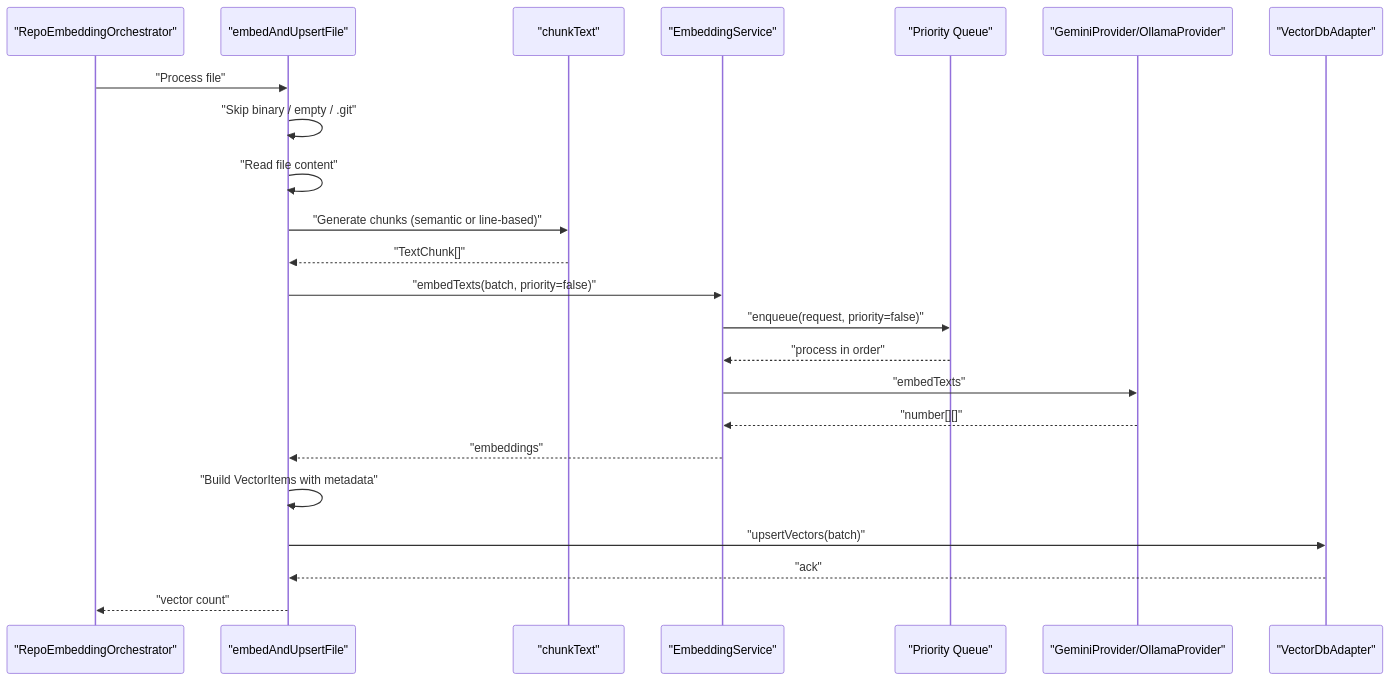
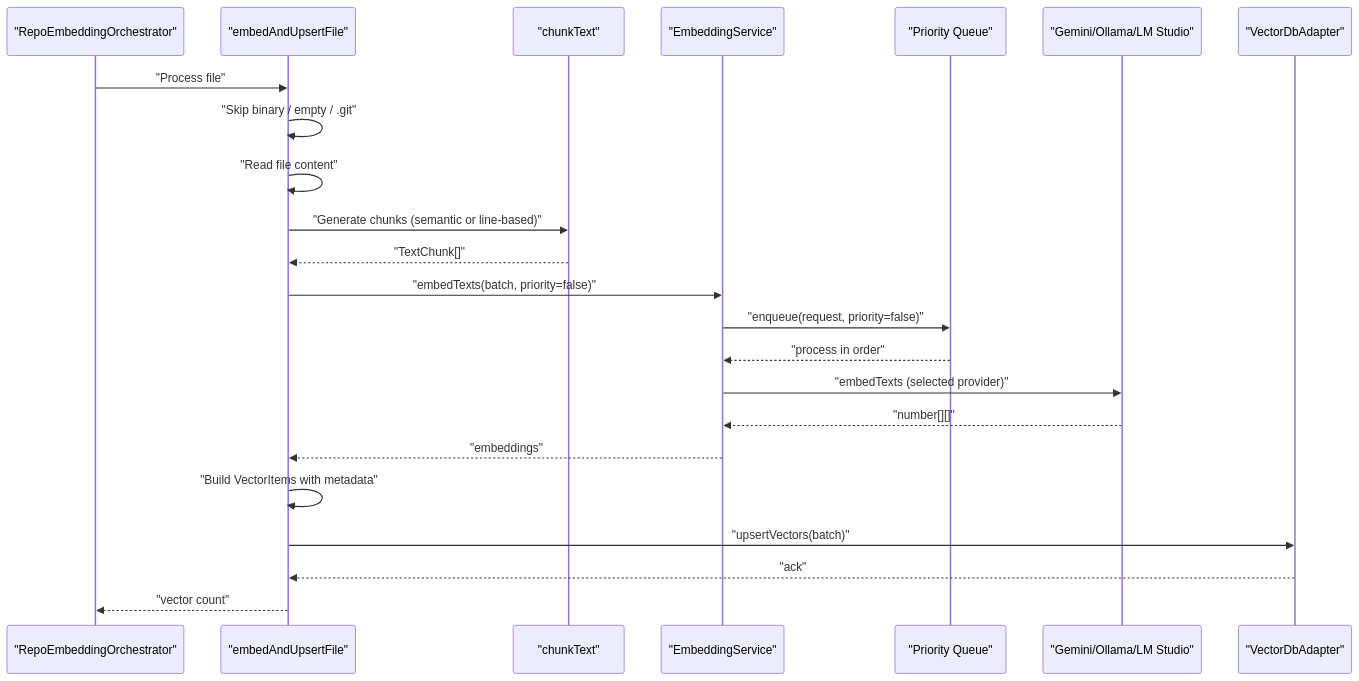
One commit to bramburn/repomix-runner changed the second of 9 diagrams in .qoder/repowiki/en/content/Indexing and Search System/File Embedding Pipeline.md. Above: the diagram before and after it, drawn with Mermaid. The commit also changed other lines of this file and 19 other files, not shown here.

````diff
--- a/.qoder/repowiki/en/content/Indexing and Search System/File Embedding Pipeline.md
+++ b/.qoder/repowiki/en/content/Indexing and Search System/File Embedding Pipeline.md
@@ -150,25 +171,25 @@
 ```mermaid
 sequenceDiagram
 participant Orchestrator as "RepoEmbeddingOrchestrator"
 participant Pipeline as "embedAndUpsertFile"
 participant Chunker as "chunkText"
 participant EmbedSvc as "EmbeddingService"
 participant Queue as "Priority Queue"
-participant Provider as "GeminiProvider/OllamaProvider"
+participant Provider as "Gemini/Ollama/LM Studio"
 participant Adapter as "VectorDbAdapter"
 Orchestrator->>Pipeline : "Process file"
 Pipeline->>Pipeline : "Skip binary / empty / .git"
 Pipeline->>Pipeline : "Read file content"
 Pipeline->>Chunker : "Generate chunks (semantic or line-based)"
 Chunker-->>Pipeline : "TextChunk[]"
 Pipeline->>EmbedSvc : "embedTexts(batch, priority=false)"
 EmbedSvc->>Queue : "enqueue(request, priority=false)"
 Queue-->>EmbedSvc : "process in order"
-EmbedSvc->>Provider : "embedTexts"
+EmbedSvc->>Provider : "embedTexts (selected provider)"
 Provider-->>EmbedSvc : "number[][]"
 EmbedSvc-->>Pipeline : "embeddings"
 Pipeline->>Pipeline : "Build VectorItems with metadata"
 Pipeline->>Adapter : "upsertVectors(batch)"
 Adapter-->>Pipeline : "ack"
 Pipeline-->>Orchestrator : "vector count"
 ```
````
